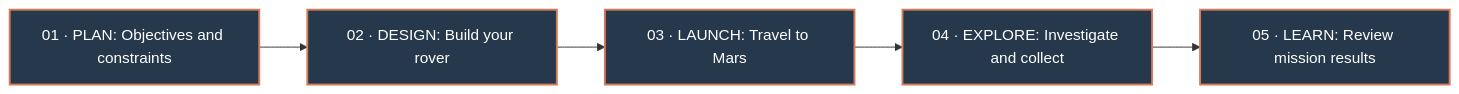
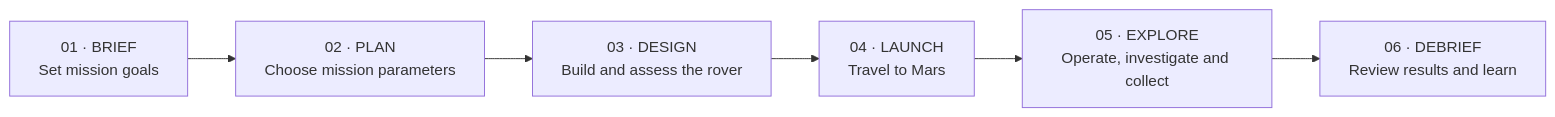
One commit to LiaLatla23/2Mars changed the diagram in README.md. Above: the diagram before and after it, drawn with Mermaid. The commit also changed other lines of this file, not shown here.

Commit message:
Prepare repository documentation for 2Mars V5.1

````diff
--- a/README.md
+++ b/README.md
@@ -28,9 +26,8 @@
 ```mermaid
 flowchart LR
-    A["01 · PLAN: Objectives and constraints"] --> B["02 · DESIGN: Build your rover"]
-    B --> C["03 · LAUNCH: Travel to Mars"]
-    C --> D["04 · EXPLORE: Investigate and collect"]
-    D --> E["05 · LEARN: Review mission results"]
-    classDef stage fill:#26384b,stroke:#d77c58,color:#ffffff,stroke-width:2px
-    class A,B,C,D,E stage
+ A["01 · BRIEF<br/>Set mission goals"] --> B["02 · PLAN<br/>Choose mission parameters"]
+ B --> C["03 · DESIGN<br/>Build and assess the rover"]
+ C --> D["04 · LAUNCH<br/>Travel to Mars"]
+ D --> E["05 · EXPLORE<br/>Operate, investigate and collect"]
+ E --> F["06 · DEBRIEF<br/>Review results and learn"]
 ```
````
